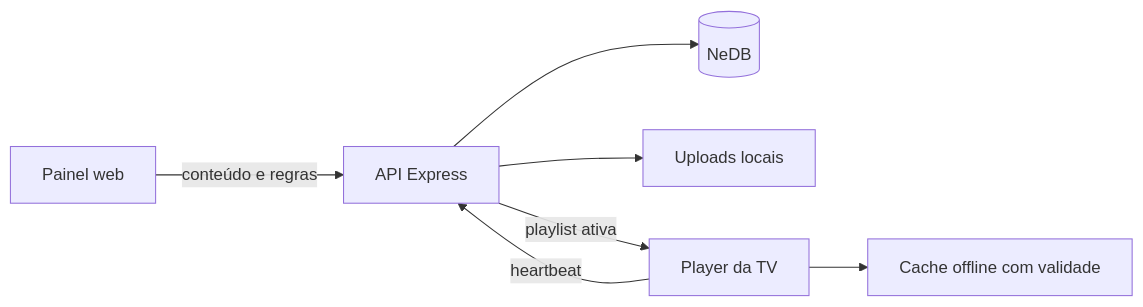
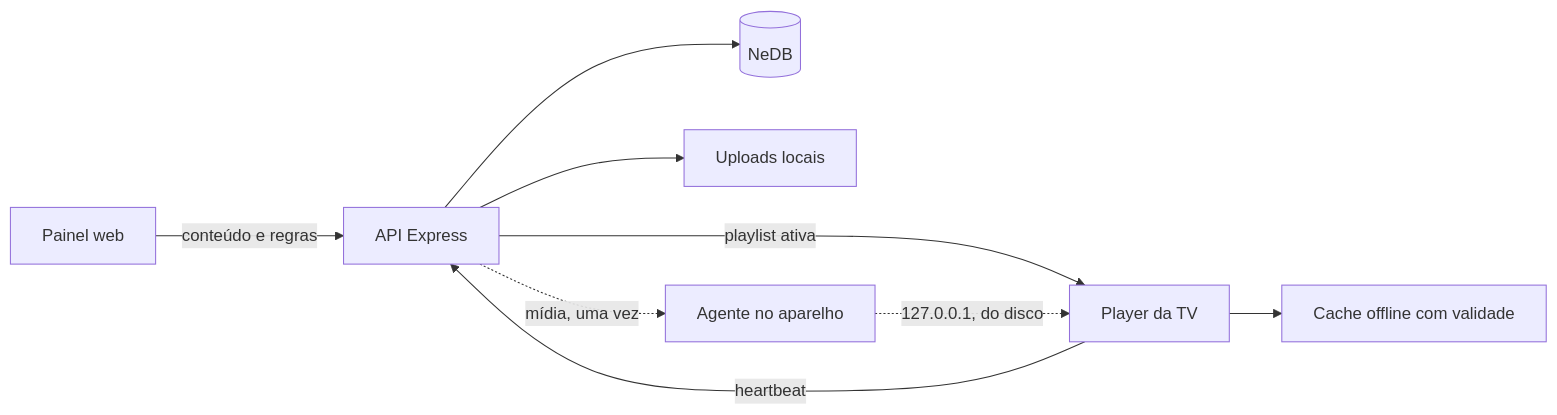
Before and after one commit to enzo-going/corptv: the diagram in README.md, drawn with Mermaid. The commit also changed other lines of this file, not shown here.

First line of the commit message:
docs: README apresenta o agente na Raspberry e os recursos recentes

````diff
--- a/README.md
+++ b/README.md
@@ -42,9 +47,11 @@
 ```mermaid
 flowchart LR
     A[Painel web] -->|conteúdo e regras| B[API Express]
     B --> C[(NeDB)]
     B --> D[Uploads locais]
     B -->|playlist ativa| E[Player da TV]
+    B -.->|mídia, uma vez| G[Agente no aparelho]
+    G -.->|127.0.0.1, do disco| E
     E -->|heartbeat| B
     E --> F[Cache offline com validade]
 ```
````
